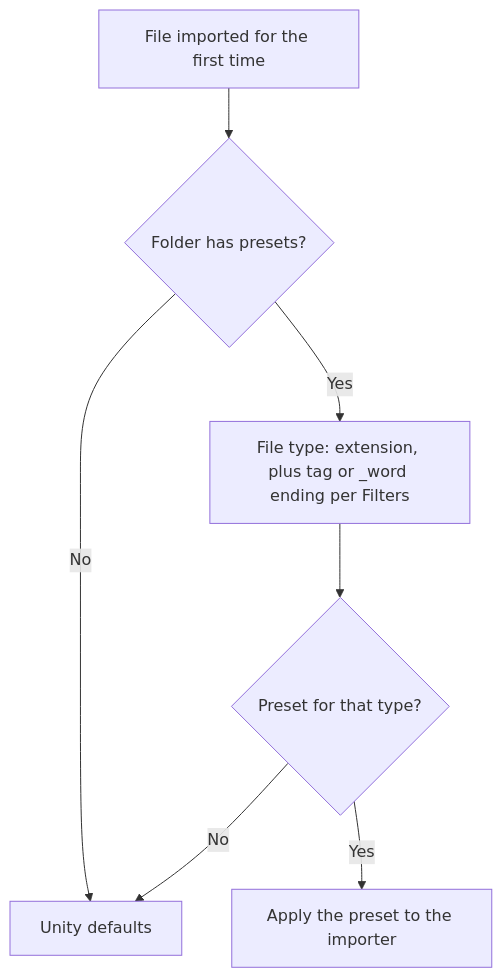
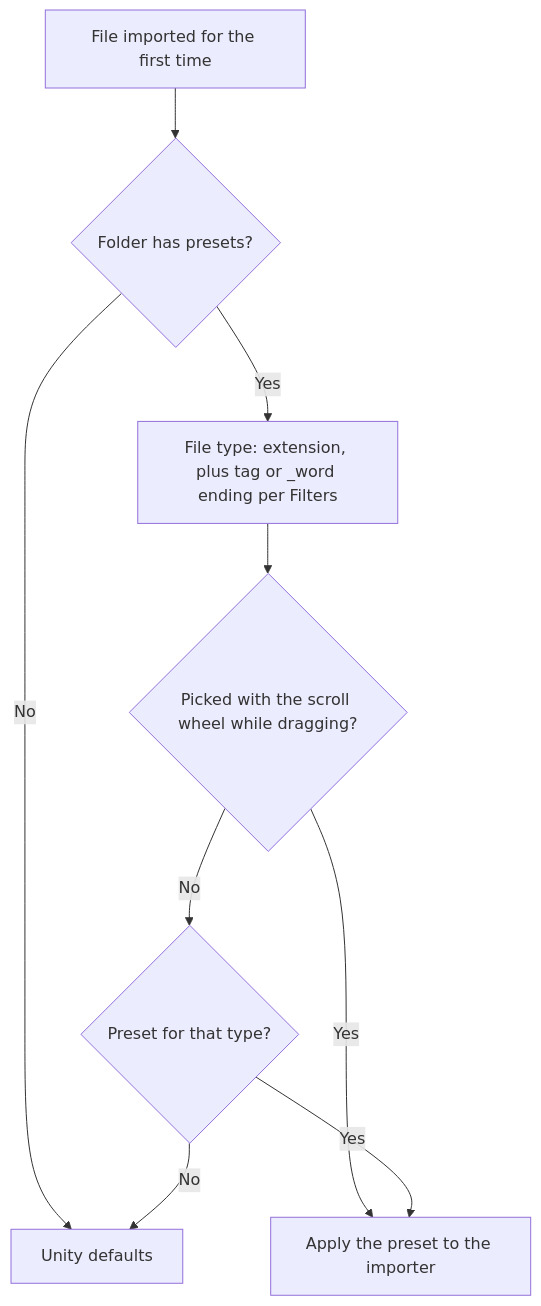
The diagram in docs/About/Tools/ImportPresets.md (Rionquosue/riryunityworkflow), drawn with Mermaid before and after one commit. The commit also changed other lines of this file and 51 other files, not shown here.

````diff
--- a/docs/About/Tools/ImportPresets.md
+++ b/docs/About/Tools/ImportPresets.md
@@ -29,9 +30,11 @@
 ```mermaid
 flowchart TD
     A[File imported for the first time] --> B{Folder has presets?}
     B -- No --> Z[Unity defaults]
     B -- Yes --> C[File type: extension, plus tag or _word ending per Filters]
-    C --> D{Preset for that type?}
+    C --> P{Picked with the scroll wheel while dragging?}
+    P -- Yes --> E
+    P -- No --> D{Preset for that type?}
     D -- Yes --> E[Apply the preset to the importer]
     D -- No --> Z
 ```
````
